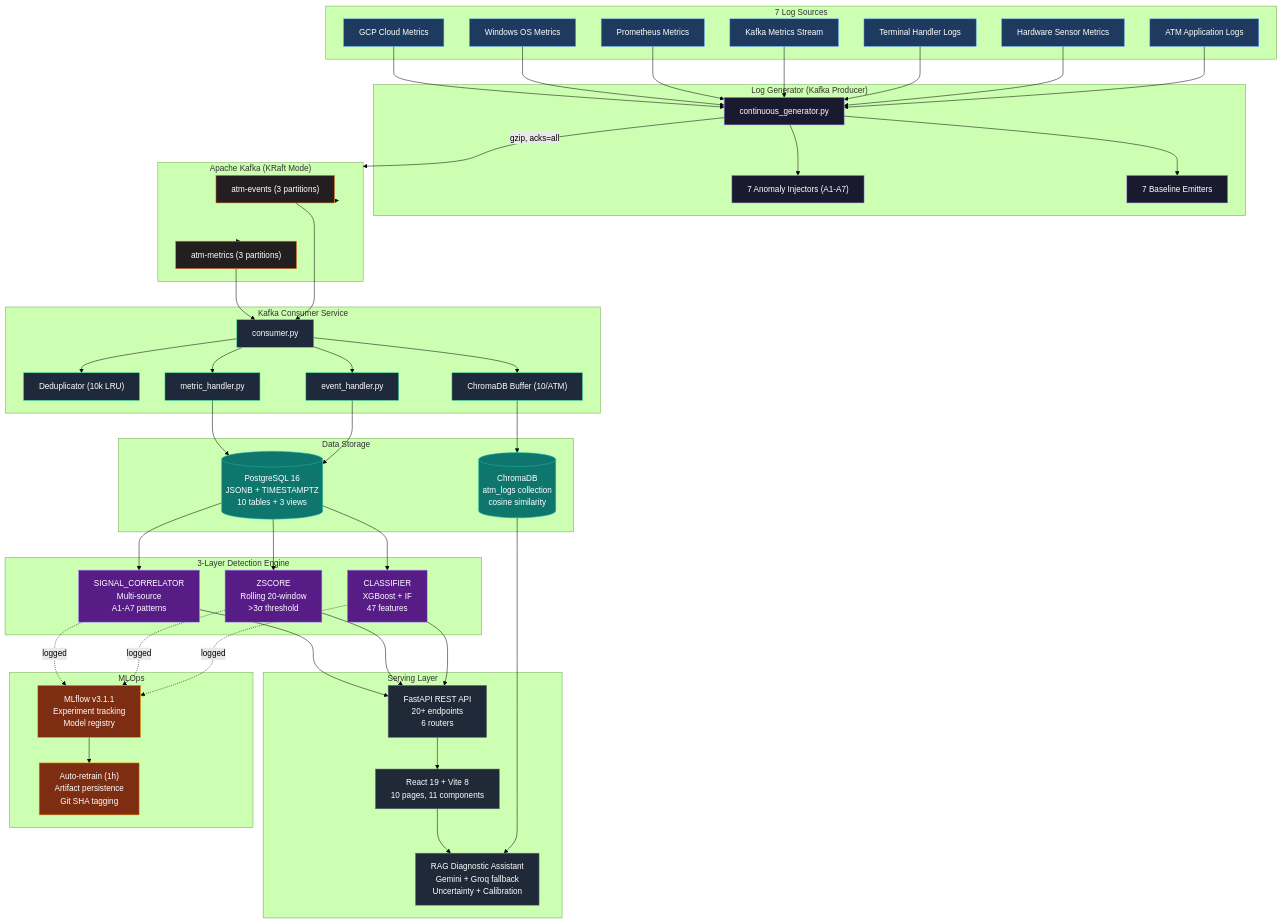
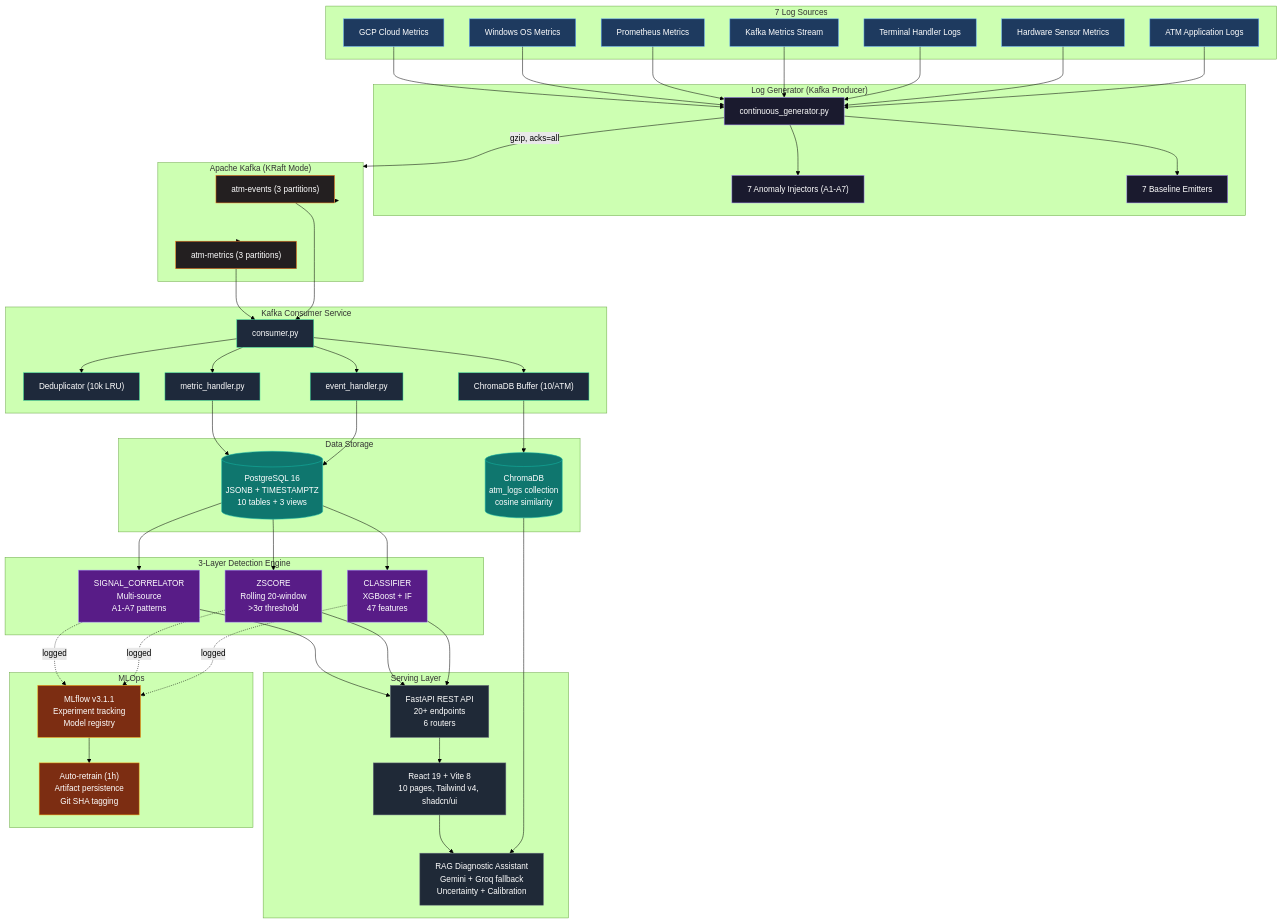
The first of 9 diagrams in README.md (AhmedIkram05/laad), drawn with Mermaid (forest theme) before and after one commit. The commit also changed other lines of this file and 4 other files, not shown here.

```diff
--- a/README.md
+++ b/README.md
@@ -131,7 +131,7 @@
 
   subgraph Serving ["Serving Layer"]
     API["FastAPI REST API\n20+ endpoints\n6 routers"]
-    UI["React 19 + Vite 8\n10 pages, 11 components"]
+    UI["React 19 + Vite 8\n10 pages, Tailwind v4, shadcn/ui"]
     RAG["RAG Diagnostic Assistant\nGemini + Groq fallback\nUncertainty + Calibration"]
   end
 
```
